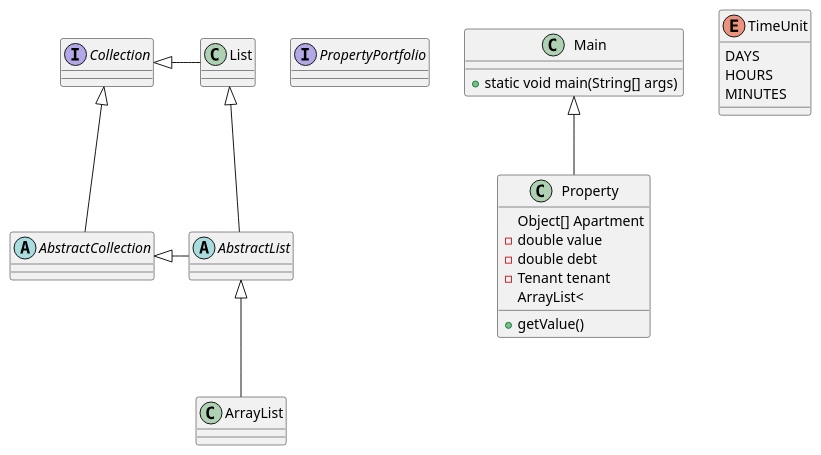
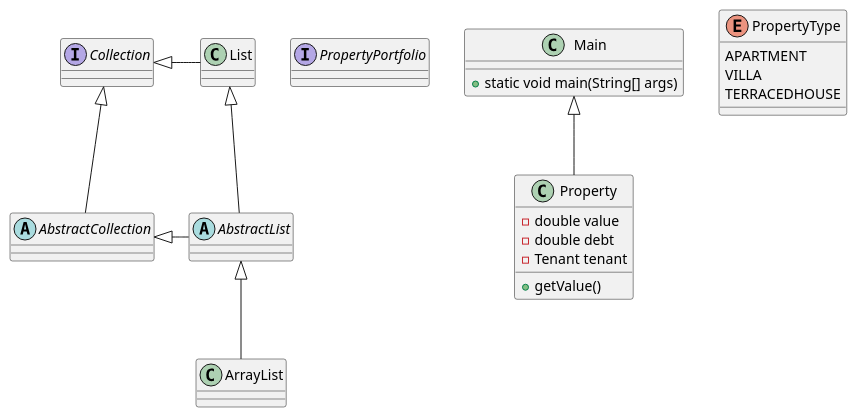
Before and after one commit to A-St0rM/Property-AdministrationSystem: the diagram in UML/Property-classDia.puml, drawn with PlantUML. The commit also changed 14 other files, not shown here.

```diff
--- a/UML/Property-classDia.puml
+++ b/UML/Property-classDia.puml
@@ -1,39 +1,37 @@
 @startuml
 'https://plantuml.com/class-diagram
 
 abstract class AbstractList
 abstract AbstractCollection
 interface PropertyPortfolio
 interface Collection
 
 List <|-- AbstractList
 Collection <|-- AbstractCollection
 
 Collection <|- List
 AbstractCollection <|- AbstractList
 AbstractList <|-- ArrayList
 
 Main <|-- Property
 
 class Property {
-Object[] Apartment
 - double value
 - double debt
 - Tenant tenant
-ArrayList<
 + getValue()
 
 }
 
 class Main{
 + static void main(String[] args)
 
 }
 
-enum TimeUnit {
-DAYS
-HOURS
-MINUTES
+enum PropertyType {
+APARTMENT
+VILLA
+TERRACEDHOUSE
 }
 
 @enduml
```
